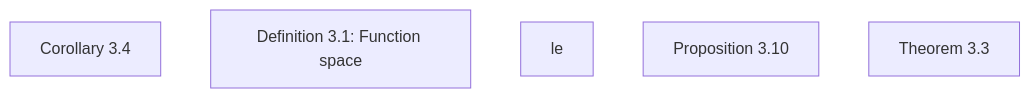
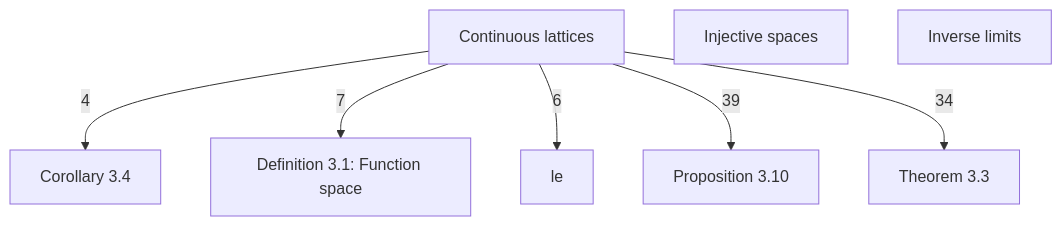
One commit to catskillsresearch/DomainTheory changed the diagram in DomainTheory/ContinuousLattice/1972_Function_spaces.mermaid. Above: the diagram before and after it, drawn with Mermaid. The commit also changed 178 other files, not shown here.

First line of the commit message:
Improve 1972 PDF build, mermaid section imports, and note hierarchy.

```diff
--- a/DomainTheory/ContinuousLattice/1972_Function_spaces.mermaid
+++ b/DomainTheory/ContinuousLattice/1972_Function_spaces.mermaid
@@ -1,10 +1,19 @@
-%% Lean files imported under this note.
+%% Outline notes in this section; INJ/CL/FS/LIM are other 1972 chapter sections.
 %% Arrowhead on the importer. The number is a direct-import count.
 %% An arrow already implied by a longer path is omitted.
 flowchart TB
 
+  CL["Continuous lattices"]
   Corollary_3_4["Corollary 3.4"]
   Definition_3_1__Function["Definition 3.1: Function space"]
+  INJ["Injective spaces"]
+  LIM["Inverse limits"]
   FunctionSpaces_le["le"]
   Proposition_3_10["Proposition 3.10"]
   Theorem_3_3["Theorem 3.3"]
+
+  CL -->|"4"| Corollary_3_4
+  CL -->|"7"| Definition_3_1__Function
+  CL -->|"6"| FunctionSpaces_le
+  CL -->|"39"| Proposition_3_10
+  CL -->|"34"| Theorem_3_3
```
